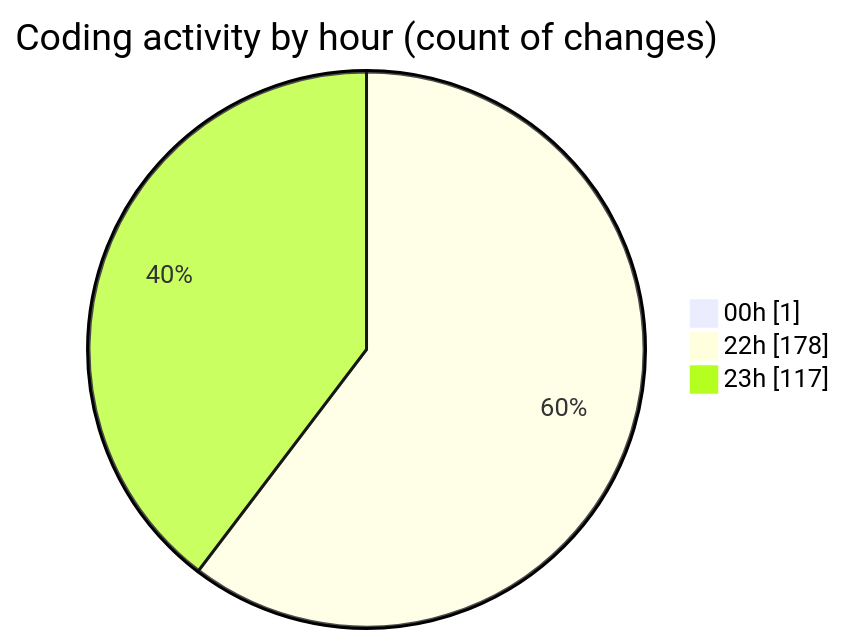
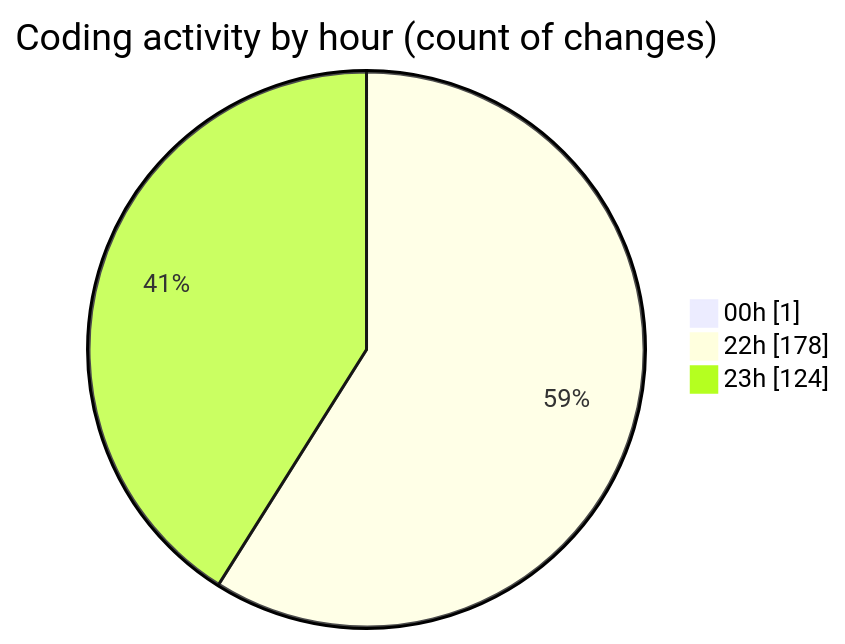
Before and after one commit to Ritupan-Deka/code-tracking: the second of 2 diagrams in 2025-08-04/javascript/README.md, drawn with Mermaid. The commit also changed other lines of this file and 1 other file, not shown here.

````diff
--- a/2025-08-04/javascript/README.md
+++ b/2025-08-04/javascript/README.md
@@ -31,7 +31,7 @@
 ```mermaid
 pie showData
 title Coding activity by hour (count of changes)
 "00h" : 1
 "22h" : 178
-"23h" : 117
+"23h" : 124
 ```
````
